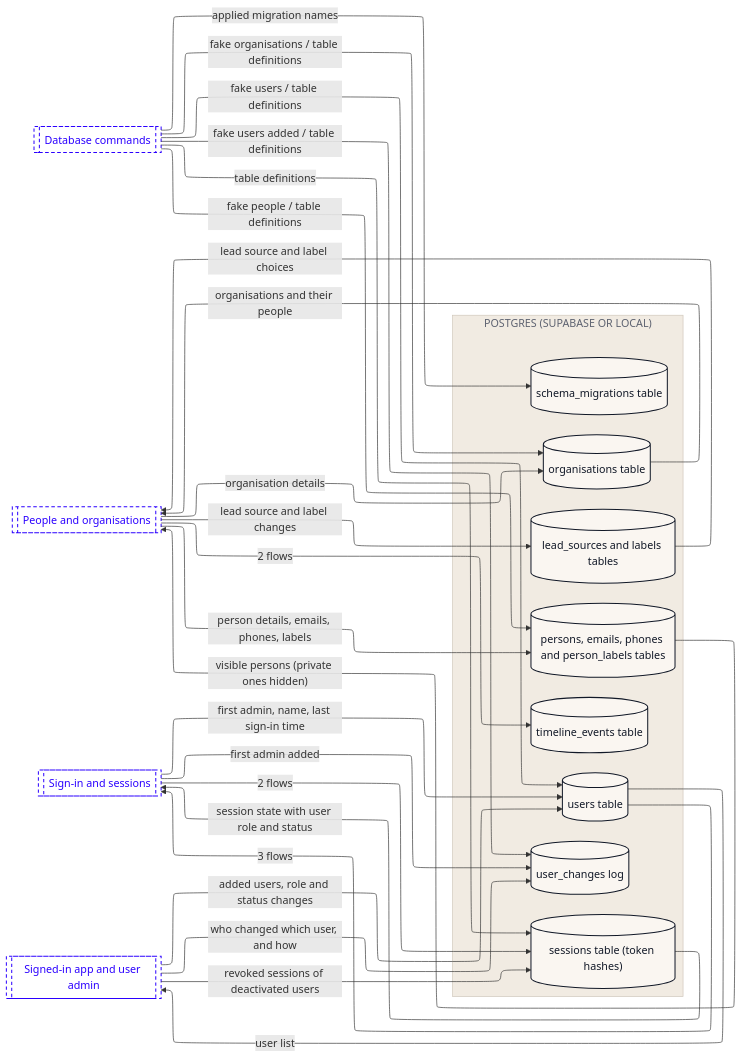
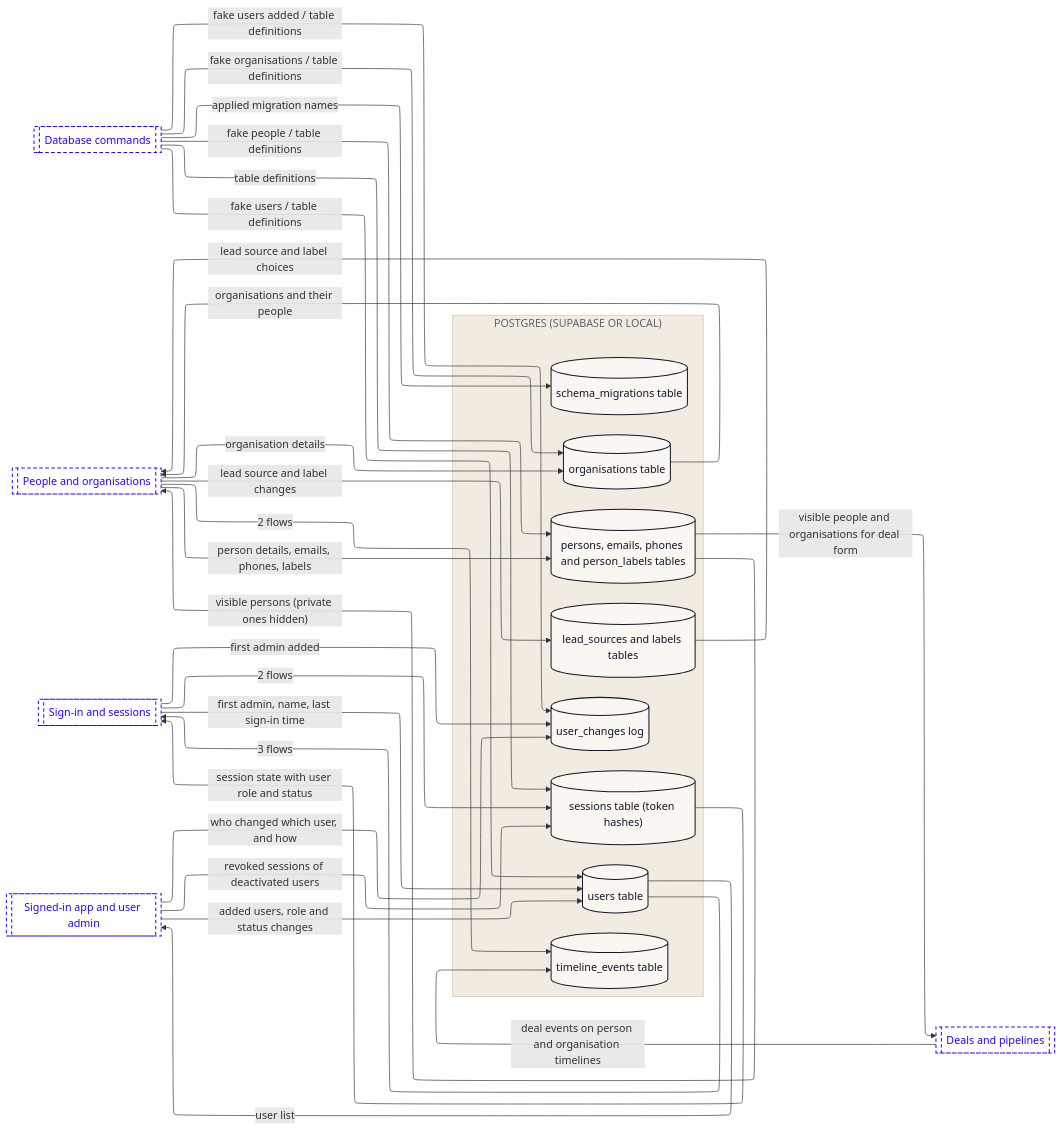
The third of 9 diagrams in dataflow/DATAFLOW.md (Romain-Perche/Barnacle-Pipe), drawn with Mermaid before and after one commit. The commit also changed other lines of this file and 12 other files, not shown here.

````diff
--- a/dataflow/DATAFLOW.md
+++ b/dataflow/DATAFLOW.md
@@ -127,52 +137,55 @@
 ```mermaid
 ---
 config:
   layout: elk
 ---
 flowchart LR
     subgraph z1["POSTGRES (SUPABASE OR LOCAL)"]
         n1[("lead_sources and labels tables")]
         n2[("organisations table")]
         n3[("persons, emails, phones and person_labels tables")]
         n4[("schema_migrations table")]
         n5[("sessions table (token hashes)")]
         n6[("timeline_events table")]
         n7[("user_changes log")]
         n8[("users table")]
     end
     n9[["Database commands"]]
-    n10[["People and organisations"]]
-    n11[["Sign-in and sessions"]]
-    n12[["Signed-in app and user admin"]]
-    n10 -->|"lead source and label changes"| n1
-    n1 -->|"lead source and label choices"| n10
-    n11 -->|"2 flows"| n5
-    n11 -->|"first admin added"| n7
-    n11 -->|"first admin, name, last sign-in time"| n8
+    n10[["Deals and pipelines"]]
+    n11[["People and organisations"]]
+    n12[["Sign-in and sessions"]]
+    n13[["Signed-in app and user admin"]]
+    n11 -->|"lead source and label changes"| n1
+    n1 -->|"lead source and label choices"| n11
+    n12 -->|"2 flows"| n5
+    n12 -->|"first admin added"| n7
+    n12 -->|"first admin, name, last sign-in time"| n8
+    n10 -->|"deal events on person and organisation timelines"| n6
     n9 -->|"fake organisations / table definitions"| n2
     n9 -->|"fake people / table definitions"| n3
     n9 -->|"applied migration names"| n4
     n9 -->|"table definitions"| n5
     n9 -->|"fake users added / table definitions"| n7
     n9 -->|"fake users / table definitions"| n8
-    n10 -->|"organisation details"| n2
-    n10 -->|"2 flows"| n6
-    n2 -->|"organisations and their people"| n10
-    n10 -->|"person details, emails, phones, labels"| n3
-    n3 -->|"visible persons (private ones hidden)"| n10
-    n5 -->|"session state with user role and status"| n11
-    n12 -->|"revoked sessions of deactivated users"| n5
-    n12 -->|"who changed which user, and how"| n7
-    n12 -->|"added users, role and status changes"| n8
-    n8 -->|"3 flows"| n11
-    n8 -->|"user list"| n12
+    n11 -->|"organisation details"| n2
+    n11 -->|"2 flows"| n6
+    n2 -->|"organisations and their people"| n11
+    n11 -->|"person details, emails, phones, labels"| n3
+    n3 -->|"visible people and organisations for deal form"| n10
+    n3 -->|"visible persons (private ones hidden)"| n11
+    n5 -->|"session state with user role and status"| n12
+    n13 -->|"revoked sessions of deactivated users"| n5
+    n13 -->|"who changed which user, and how"| n7
+    n13 -->|"added users, role and status changes"| n8
+    n8 -->|"3 flows"| n12
+    n8 -->|"user list"| n13
     classDef actor fill:#FFFFFF,stroke:#111827,stroke-width:1px,color:#111827
     classDef process fill:#EDEAFF,stroke:#2B00FF,stroke-width:1.5px,color:#111827
     classDef store fill:#FAF6F1,stroke:#111827,stroke-width:1.5px,color:#111827
     classDef zone fill:#1A1A1A,stroke:#1A1A1A,color:#FFFFFF
     classDef group fill:#2B00FF,stroke:#2B00FF,color:#FFFFFF
     classDef stub fill:#FFFFFF,stroke:#2B00FF,stroke-width:1.5px,stroke-dasharray:5 4,color:#2B00FF
     class n1,n2,n3,n4,n5,n6,n7,n8 store
-    class n9,n10,n11,n12 stub
+    class n9,n10,n11,n12,n13 stub
     style z1 fill:#F1EBE2,stroke:#CFC7BB,color:#5D6270
 ```
````
